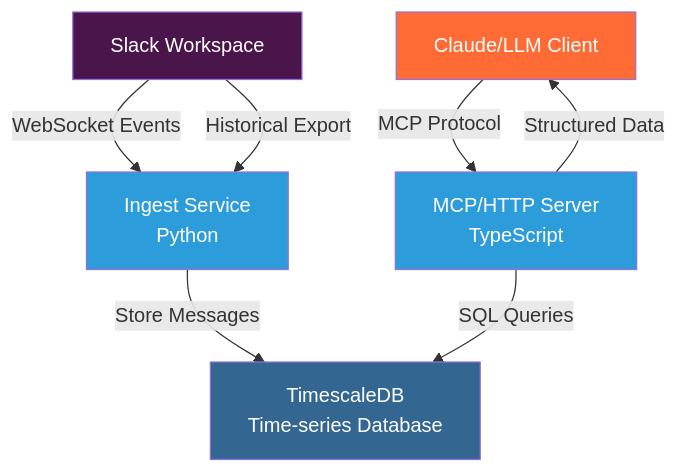
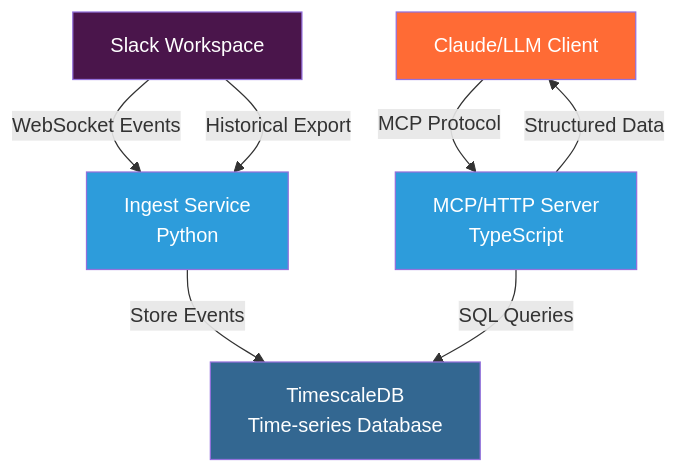
Before and after one commit to timescale/tiger-slack: the diagram in README.md, drawn with Mermaid.

````diff
--- a/README.md
+++ b/README.md
@@ -20,32 +20,32 @@
 ```mermaid
 graph TB
     %% External Systems
     S[Slack Workspace]
     C[Claude/LLM Client]
     
     %% Core Components  
     I[Ingest Service<br/>Python]
     D[TimescaleDB<br/>Time-series Database]
     M[MCP/HTTP Server<br/>TypeScript]
     
     %% Data Flow - Ingestion
     S -->|WebSocket Events| I
     S -->|Historical Export| I
-    I -->|Store Messages| D
+    I -->|Store Events| D
     
     %% Data Flow - Analysis
     C -->|MCP Protocol| M
     M -->|SQL Queries| D
     M -->|Structured Data| C
     
     %% Styling
     classDef slack fill:#4A154B,color:#fff
     classDef ai fill:#FF6B35,color:#fff  
     classDef data fill:#336791,color:#fff
     classDef service fill:#2D9CDB,color:#fff
     
     class S slack
     class C ai
     class D data
     class I,M service
 ```
````
